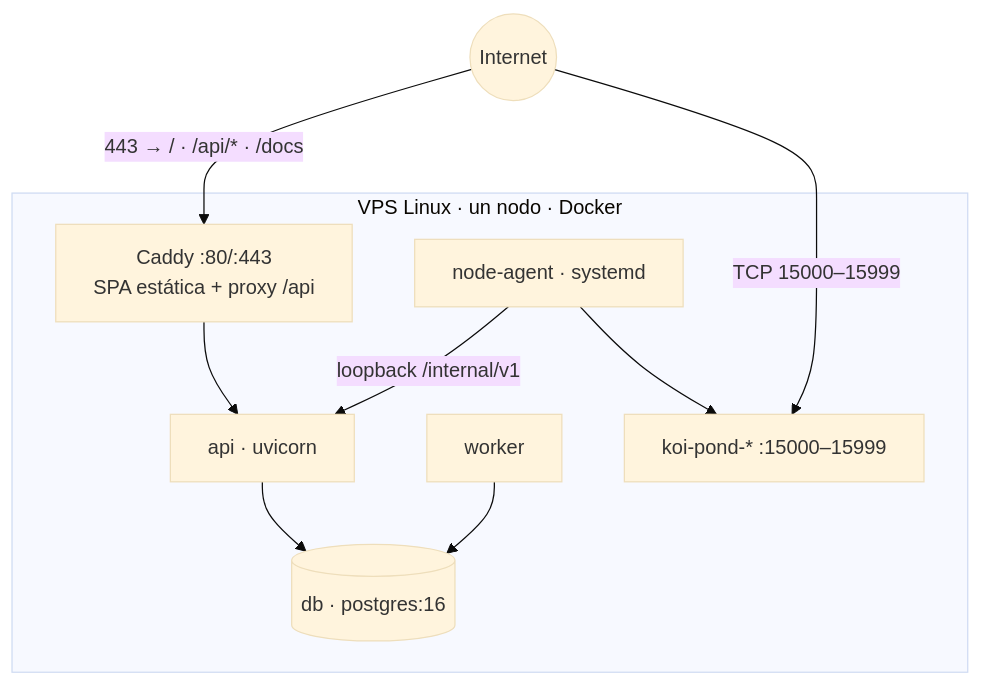
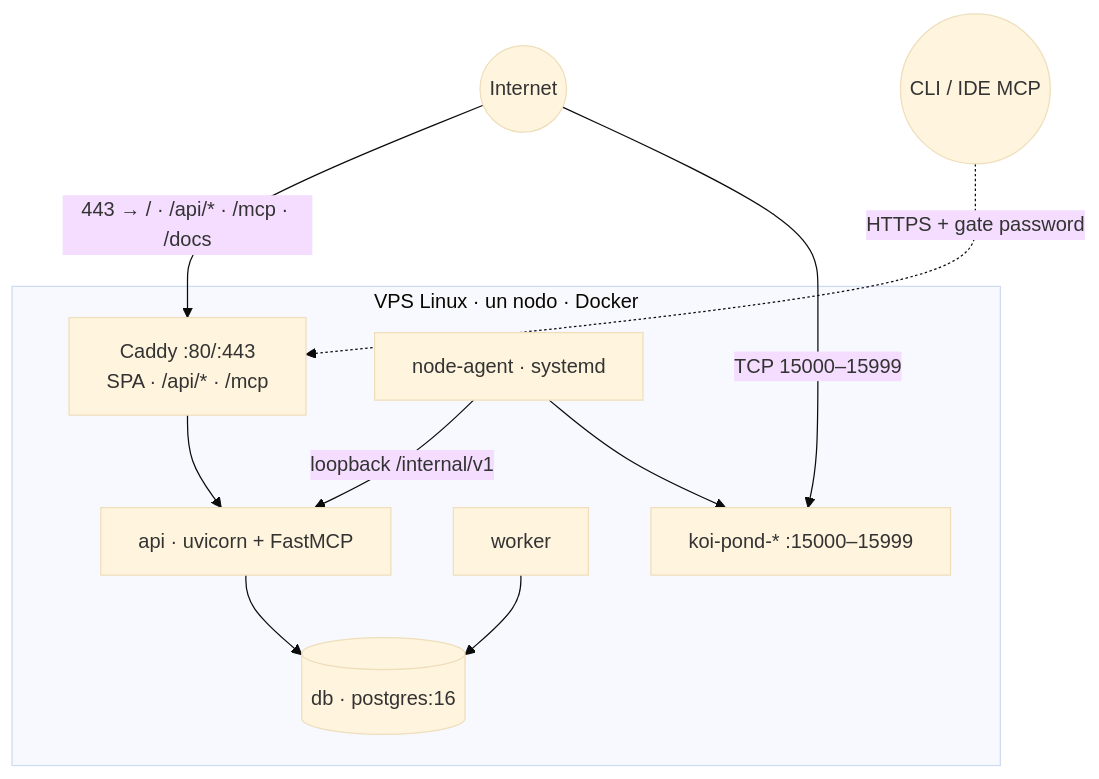
The diagram in diagramas/02-despliegue.mmd (carloshugoeg/koicloud-entrega-2), drawn with Mermaid (base theme) before and after one commit. The commit also changed 26 other files, not shown here.

First line of the commit message:
Amend Entrega 2 scope: Web + CLI + MCP thin clients

```diff
--- a/diagramas/02-despliegue.mmd
+++ b/diagramas/02-despliegue.mmd
@@ -1,17 +1,18 @@
 flowchart TB
     subgraph VPS["VPS Linux · un nodo · Docker"]
-        CADDY["Caddy :80/:443<br/>SPA estática + proxy /api"]
-        API["api · uvicorn"]
+        CADDY["Caddy :80/:443<br/>SPA · /api/* · /mcp"]
+        API["api · uvicorn + FastMCP"]
         WRK["worker"]
         DB[("db · postgres:16")]
         NA["node-agent · systemd"]
         PONDS["koi-pond-* :15000–15999"]
     end
 
-    NET((Internet)) -->|"443 → / · /api/* · /docs"| CADDY
+    NET((Internet)) -->|"443 → / · /api/* · /mcp · /docs"| CADDY
     NET -->|"TCP 15000–15999"| PONDS
+    CLI((CLI / IDE MCP)) -.->|"HTTPS + gate password"| CADDY
     CADDY --> API
     API --> DB
     WRK --> DB
     NA -->|loopback /internal/v1| API
     NA --> PONDS
```
